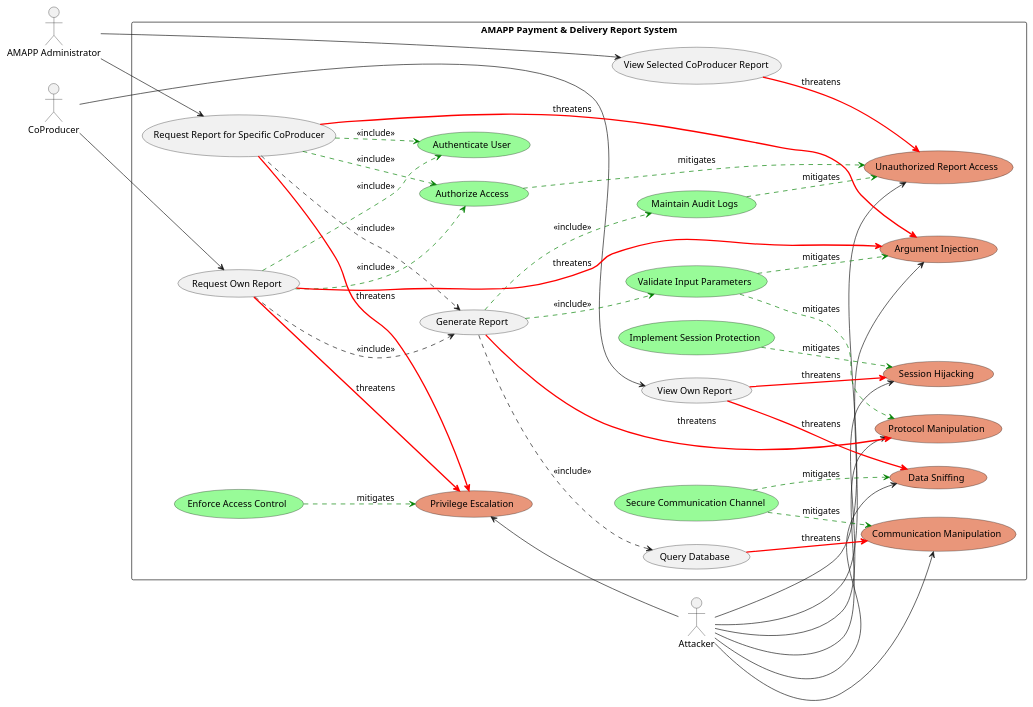
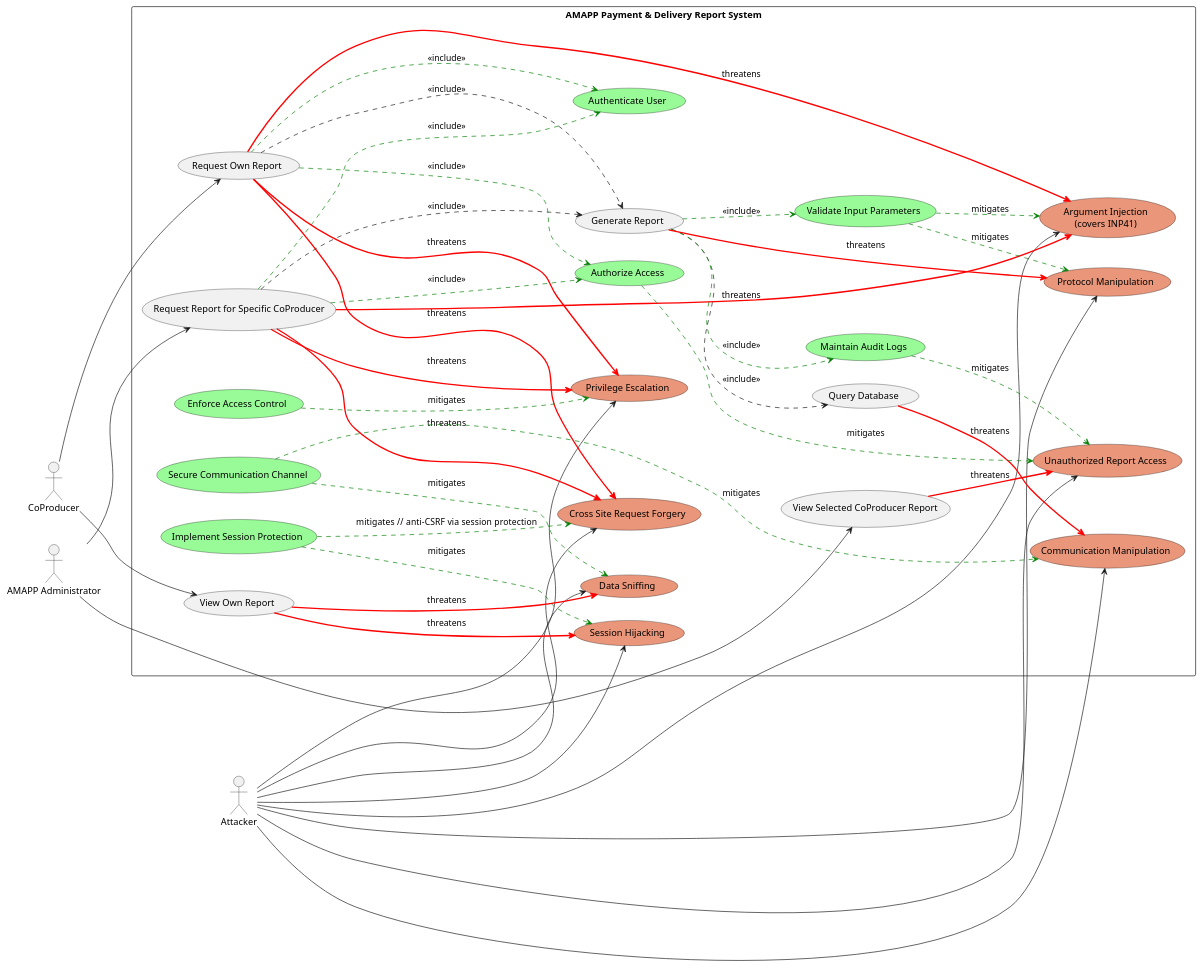
One commit to Departamento-de-Engenharia-Informatica/desofs2025_mon_ffs_2 changed the diagram in deliverables/phase1/diagrams/Abuse Cases/pay-del-rep-abuse-case.puml. Above: the diagram before and after it, drawn with PlantUML. The commit also changed 1 other file, not shown here.

Commit message:
Add Order Payments Report Analysis Reports

```diff
--- a/deliverables/phase1/diagrams/Abuse Cases/pay-del-rep-abuse-case.puml
+++ b/deliverables/phase1/diagrams/Abuse Cases/pay-del-rep-abuse-case.puml
@@ -1,90 +1,90 @@
 @startuml Use_Case_Diagram
 left to right direction
 skinparam packageStyle rectangle
 
 actor "CoProducer"          as CoProducer
 actor "AMAPP Administrator" as Admin
 
 package "AMAPP Payment & Delivery Report System" {
-
-
-  usecase "Request Own Report"                   as UC1
-  usecase "View Own Report"                      as UC2
+  usecase "Request Own Report"                    as UC1
+  usecase "View Own Report"                       as UC2
   usecase "Request Report for Specific CoProducer" as UC3
-  usecase "View Selected CoProducer Report"      as UC4
-  usecase "Generate Report"                      as UC5
-  usecase "Query Database"                       as UC6
+  usecase "View Selected CoProducer Report"       as UC4
+  usecase "Generate Report"                       as UC5
+  usecase "Query Database"                        as UC6
 
   '–– Mitigations ––
-  usecase "Authenticate User"                    as SEC1 #palegreen
-  usecase "Authorize Access"                     as SEC2 #palegreen
-  usecase "Secure Communication Channel"         as SEC3 #palegreen
-  usecase "Validate Input Parameters"            as SEC4 #palegreen
-  usecase "Maintain Audit Logs"                  as SEC5 #palegreen
-  usecase "Implement Session Protection"         as SEC6 #palegreen
-  usecase "Enforce Access Control"               as SEC7 #palegreen
+  usecase "Authenticate User"                     as SEC1 #palegreen
+  usecase "Authorize Access"                      as SEC2 #palegreen
+  usecase "Secure Communication Channel"          as SEC3 #palegreen
+  usecase "Validate Input Parameters"             as SEC4 #palegreen
+  usecase "Maintain Audit Logs"                   as SEC5 #palegreen
+  usecase "Implement Session Protection"          as SEC6 #palegreen
+  usecase "Enforce Access Control"                as SEC7 #palegreen
 
   '–– Threats ––
-  usecase "Session Hijacking"                    as T1 #darksalmon
-  usecase "Data Sniffing"                        as T2 #darksalmon
-  usecase "Communication Manipulation"           as T3 #darksalmon
-  usecase "Protocol Manipulation"                as T4 #darksalmon
-  usecase "Argument Injection"                   as T5 #darksalmon
-  usecase "Unauthorized Report Access"           as T6 #darksalmon
-  usecase "Privilege Escalation"                 as T7 #darksalmon
+  usecase "Session Hijacking"                     as T1 #darksalmon
+  usecase "Data Sniffing"                         as T2 #darksalmon
+  usecase "Communication Manipulation"            as T3 #darksalmon
+  usecase "Protocol Manipulation"                 as T4 #darksalmon
+  usecase "Argument Injection\n(covers INP41)"    as T5 #darksalmon
+  usecase "Unauthorized Report Access"            as T6 #darksalmon
+  usecase "Privilege Escalation"                  as T7 #darksalmon
+  usecase "Cross Site Request Forgery"    as T8 #darksalmon
 }
 
-
 actor "Attacker" as Attacker
-
-'–– Attempt to put the Attacker Actor on the right but didn't quite work out––
-T7 -[hidden]-> Attacker
 
 '–– Normal user flows ––
 CoProducer --> UC1
 CoProducer --> UC2
 Admin      --> UC3
 Admin      --> UC4
 
 UC1 ..> UC5 : <<include>>
 UC3 ..> UC5 : <<include>>
 UC5 ..> UC6 : <<include>>
 
+'–– Mitigations on flows ––
 UC1 .[#green].> SEC1 : <<include>>
 UC1 .[#green].> SEC2 : <<include>>
 UC3 .[#green].> SEC1 : <<include>>
 UC3 .[#green].> SEC2 : <<include>>
 UC5 .[#green].> SEC4 : <<include>>
 UC5 .[#green].> SEC5 : <<include>>
 
 '–– Attacker → Threat flows ––
 Attacker --> T1
 Attacker --> T2
 Attacker --> T3
 Attacker --> T4
 Attacker --> T5
 Attacker --> T6
 Attacker --> T7
+Attacker --> T8
 
 '–– Threatens ––
 UC1 -[#red,bold]-> T5 : threatens
+UC1 -[#red,bold]-> T8 : threatens
 UC2 -[#red,bold]-> T1 : threatens
 UC2 -[#red,bold]-> T2 : threatens
 UC3 -[#red,bold]-> T5 : threatens
+UC3 -[#red,bold]-> T8 : threatens
 UC4 -[#red,bold]-> T6 : threatens
 UC5 -[#red,bold]-> T4 : threatens
 UC6 -[#red,bold]-> T3 : threatens
 UC1 -[#red,bold]-> T7 : threatens
 UC3 -[#red,bold]-> T7 : threatens
 
 '–– Mitigates ––
 SEC6 -[#green,dashed]-> T1 : mitigates
 SEC3 -[#green,dashed]-> T2 : mitigates
 SEC3 -[#green,dashed]-> T3 : mitigates
 SEC4 -[#green,dashed]-> T4 : mitigates
 SEC4 -[#green,dashed]-> T5 : mitigates
 SEC2 -[#green,dashed]-> T6 : mitigates
 SEC7 -[#green,dashed]-> T7 : mitigates
 SEC5 -[#green,dashed]-> T6 : mitigates
+SEC6 -[#green,dashed]-> T8 : mitigates   // anti-CSRF via session protection
 
 @enduml
```
